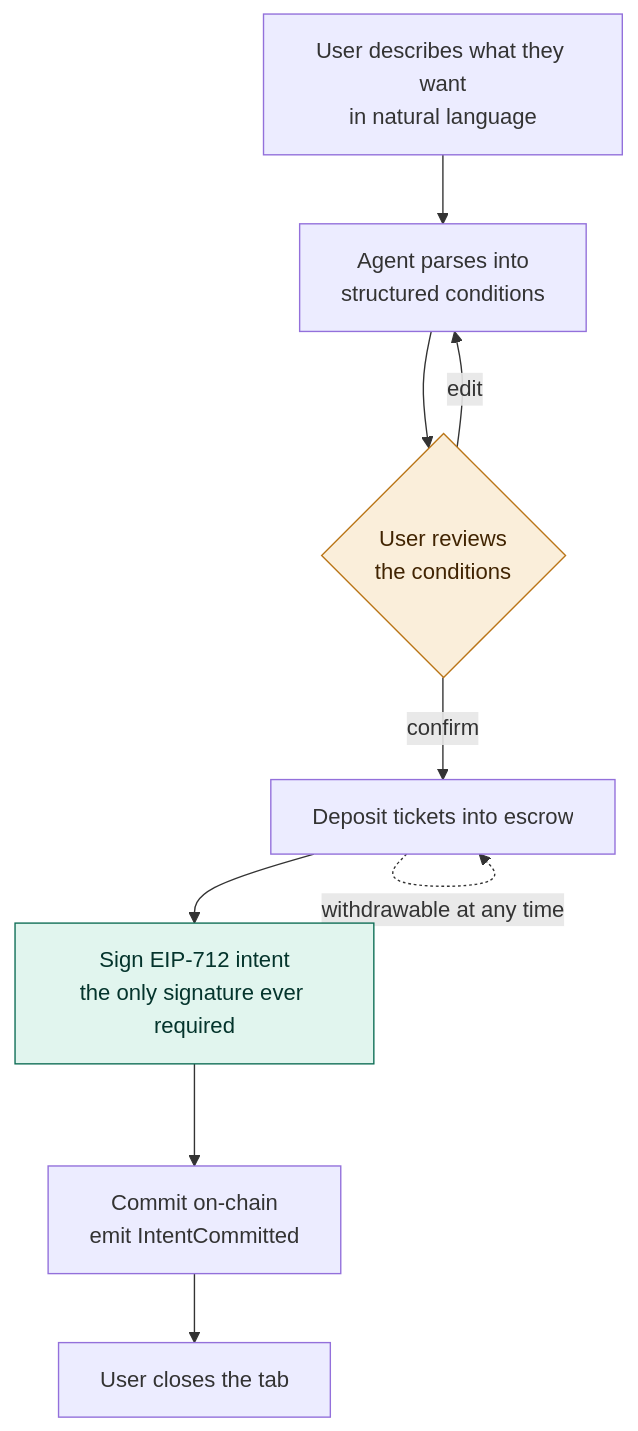
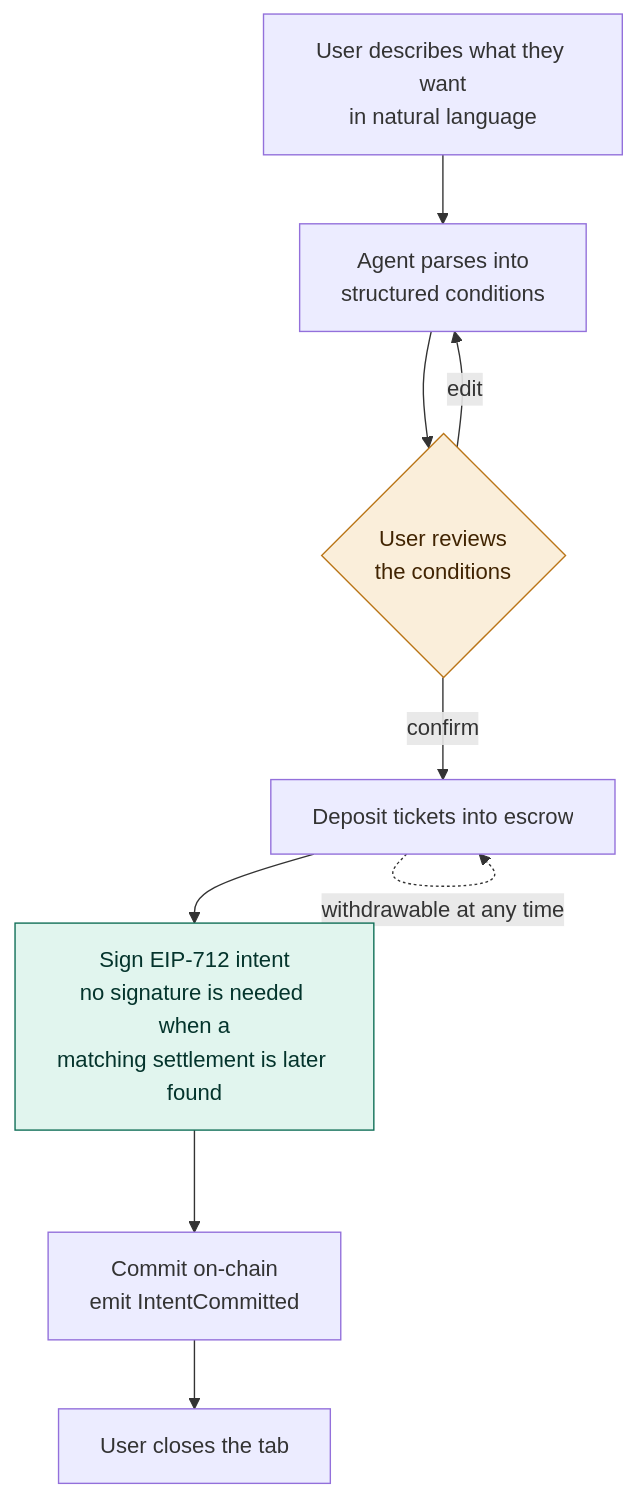
One commit to angelphoon7/online2026 changed the eighth of 26 diagrams in README.md. Above: the diagram before and after it, drawn with Mermaid. The commit also changed other lines of this file and 6 other files, not shown here.

````diff
--- a/README.md
+++ b/README.md
@@ -199,17 +218,17 @@
 ```mermaid
 flowchart TD
     A["User describes what they want<br/>in natural language"] --> B["Agent parses into<br/>structured conditions"]
     B --> C{"User reviews<br/>the conditions"}
     C -->|"edit"| B
     C -->|"confirm"| D["Deposit tickets into escrow"]
-    D --> E["Sign EIP-712 intent<br/>the only signature ever required"]
+    D --> E["Sign EIP-712 intent<br/>no signature is needed when a<br/>matching settlement is later found"]
     E --> F["Commit on-chain<br/>emit IntentCommitted"]
     F --> G["User closes the tab"]
 
     D -.->|"withdrawable at any time"| D
 
     classDef ok fill:#E1F5EE,stroke:#0F6E56,stroke-width:1px,color:#04342C
     classDef decide fill:#FAEEDA,stroke:#BA7517,stroke-width:1px,color:#412402
     class E ok
     class C decide
 ```
````
